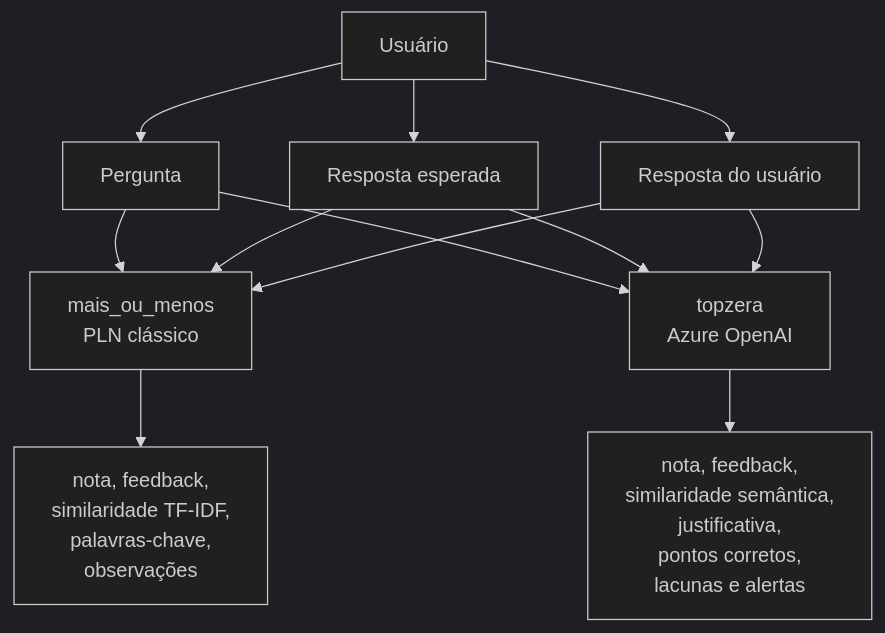
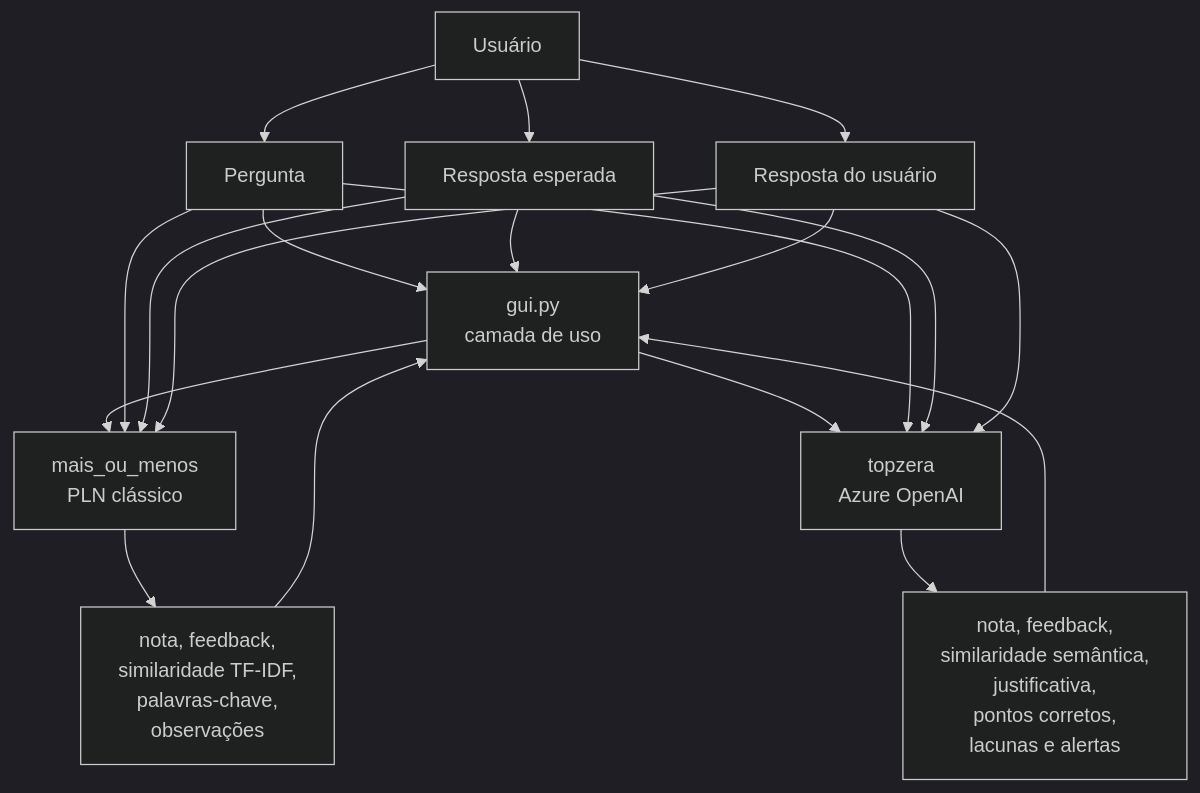
Before and after one commit to cidade-felipe/did-it-understand: the first of 2 diagrams in documentation.md, drawn with Mermaid (dark theme). The commit also changed other lines of this file and 2 other files, not shown here.

````diff
--- a/documentation.md
+++ b/documentation.md
@@ -58,22 +71,31 @@
 ```mermaid
 flowchart TD
     usuario["Usuário"]
     pergunta["Pergunta"]
     esperada["Resposta esperada"]
     resposta["Resposta do usuário"]
 
     usuario --> pergunta
     usuario --> esperada
     usuario --> resposta
 
-    pergunta --> classica["mais_ou_menos<br/>PLN clássico"]
+    pergunta --> gui["gui.py<br/>camada de uso"]
+    esperada --> gui
+    resposta --> gui
+
+    gui --> classica["mais_ou_menos<br/>PLN clássico"]
+    gui --> ia["topzera<br/>Azure OpenAI"]
+
+    pergunta --> classica
     esperada --> classica
     resposta --> classica
 
-    pergunta --> ia["topzera<br/>Azure OpenAI"]
+    pergunta --> ia
     esperada --> ia
     resposta --> ia
 
     classica --> saida1["nota, feedback,<br/>similaridade TF-IDF,<br/>palavras-chave,<br/>observações"]
     ia --> saida2["nota, feedback,<br/>similaridade semântica,<br/>justificativa,<br/>pontos corretos,<br/>lacunas e alertas"]
+    saida1 --> gui
+    saida2 --> gui
 ```
````
